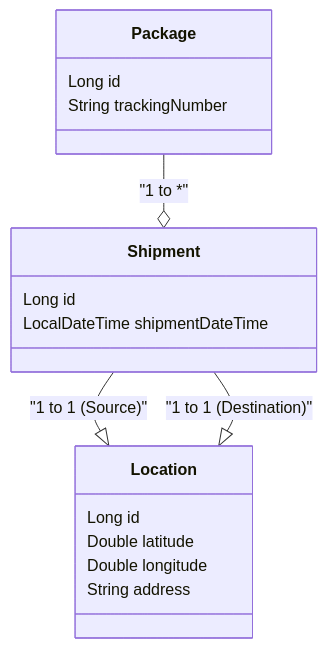
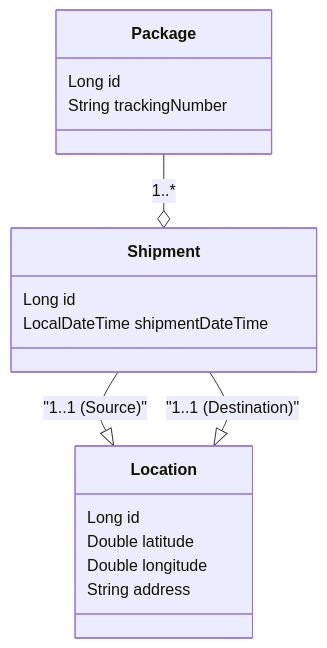
Before and after one commit to jonbertelsen/gls: the diagram in README.md, drawn with Mermaid.

````diff
--- a/README.md
+++ b/README.md
@@ -24,23 +24,23 @@
 ```mermaid
 classDiagram
-  Package --o Shipment : "1 to *"
-  Shipment --|> Location : "1 to 1 (Source)"
-  Shipment --|> Location : "1 to 1 (Destination)"
+  Package --o Shipment : 1..*
+  Shipment --|> Location : "1..1 (Source)"
+  Shipment --|> Location : "1..1 (Destination)"
 
   class Package {
     Long id
     String trackingNumber
   }
 
   class Shipment {
     Long id
     LocalDateTime shipmentDateTime
   }
 
   class Location {
     Long id
     Double latitude
     Double longitude
     String address
   }
 ```
````
